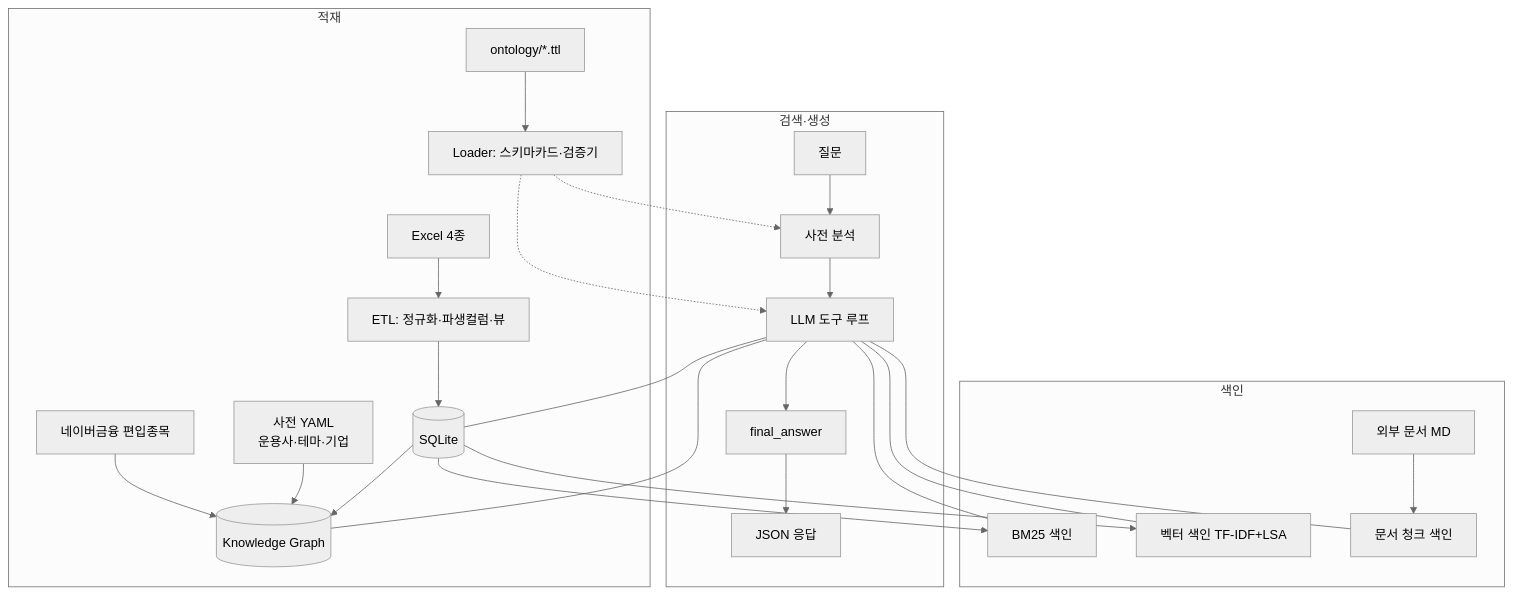
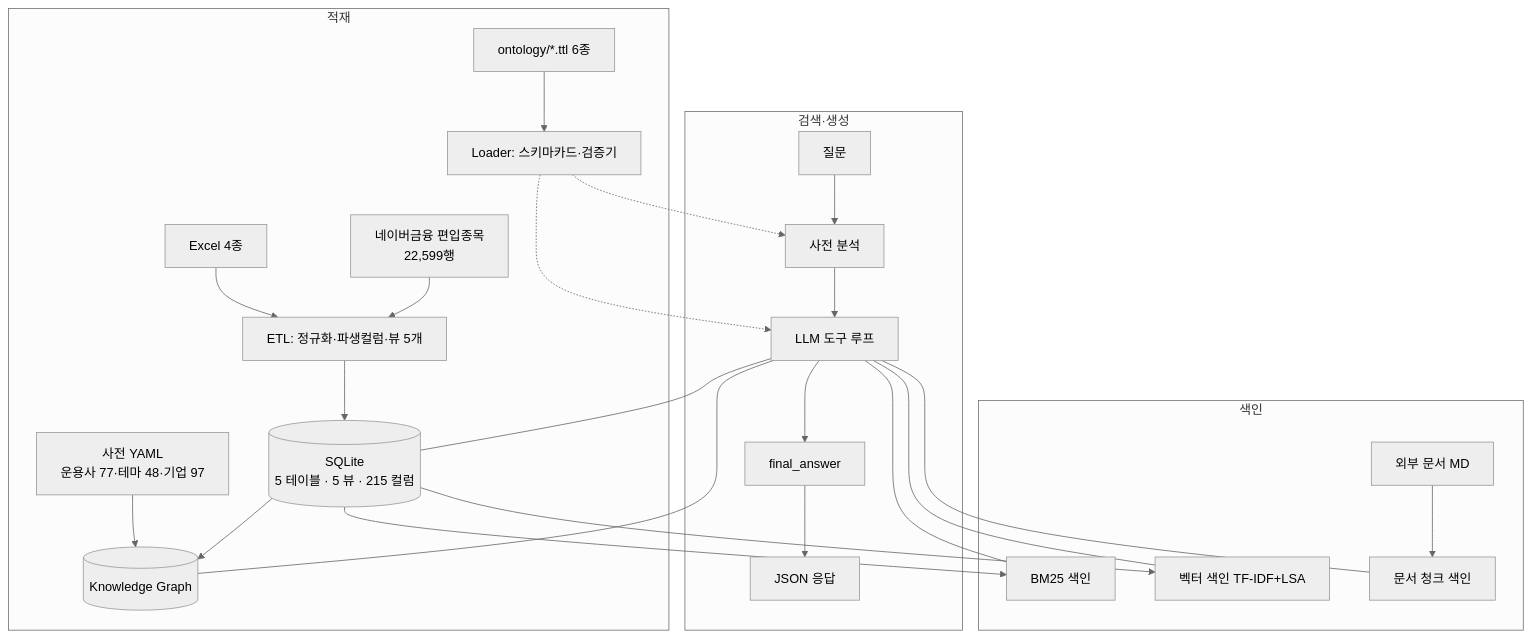
Before and after one commit to heon-1219/tradingDecisionAgent: the first of 3 diagrams in docs/proposal_outline.md, drawn with Mermaid (neutral theme). The commit also changed other lines of this file and 6 other files, not shown here.

````diff
--- a/docs/proposal_outline.md
+++ b/docs/proposal_outline.md
@@ -18,20 +19,21 @@
 ```mermaid
 flowchart TB
     subgraph Ingest[적재]
-      X[Excel 4종] --> E[ETL: 정규화·파생컬럼·뷰] --> S[(SQLite)]
-      C[네이버금융 편입종목] --> K
-      Y[사전 YAML<br/>운용사·테마·기업] --> K
-      T[ontology/*.ttl] --> L[Loader: 스키마카드·검증기]
+      X[Excel 4종] --> E[ETL: 정규화·파생컬럼·뷰 5개]
+      C[네이버금융 편입종목<br/>22,599행] --> E
+      E --> S[(SQLite<br/>5 테이블 · 5 뷰 · 215 컬럼)]
+      Y[사전 YAML<br/>운용사 77·테마 48·기업 97] --> K
+      T[ontology/*.ttl 6종] --> L[Loader: 스키마카드·검증기]
     end
     subgraph Index[색인]
       S --> B[BM25 색인]
       S --> VEC[벡터 색인 TF-IDF+LSA]
       S --> K[(Knowledge Graph)]
       M[외부 문서 MD] --> D[문서 청크 색인]
     end
     subgraph Serve[검색·생성]
       Q[질문] --> P[사전 분석] --> A[LLM 도구 루프] --> F[final_answer] --> J[JSON 응답]
       A --- S & K & B & VEC & D
       L -.-> P & A
     end
 ```
````
